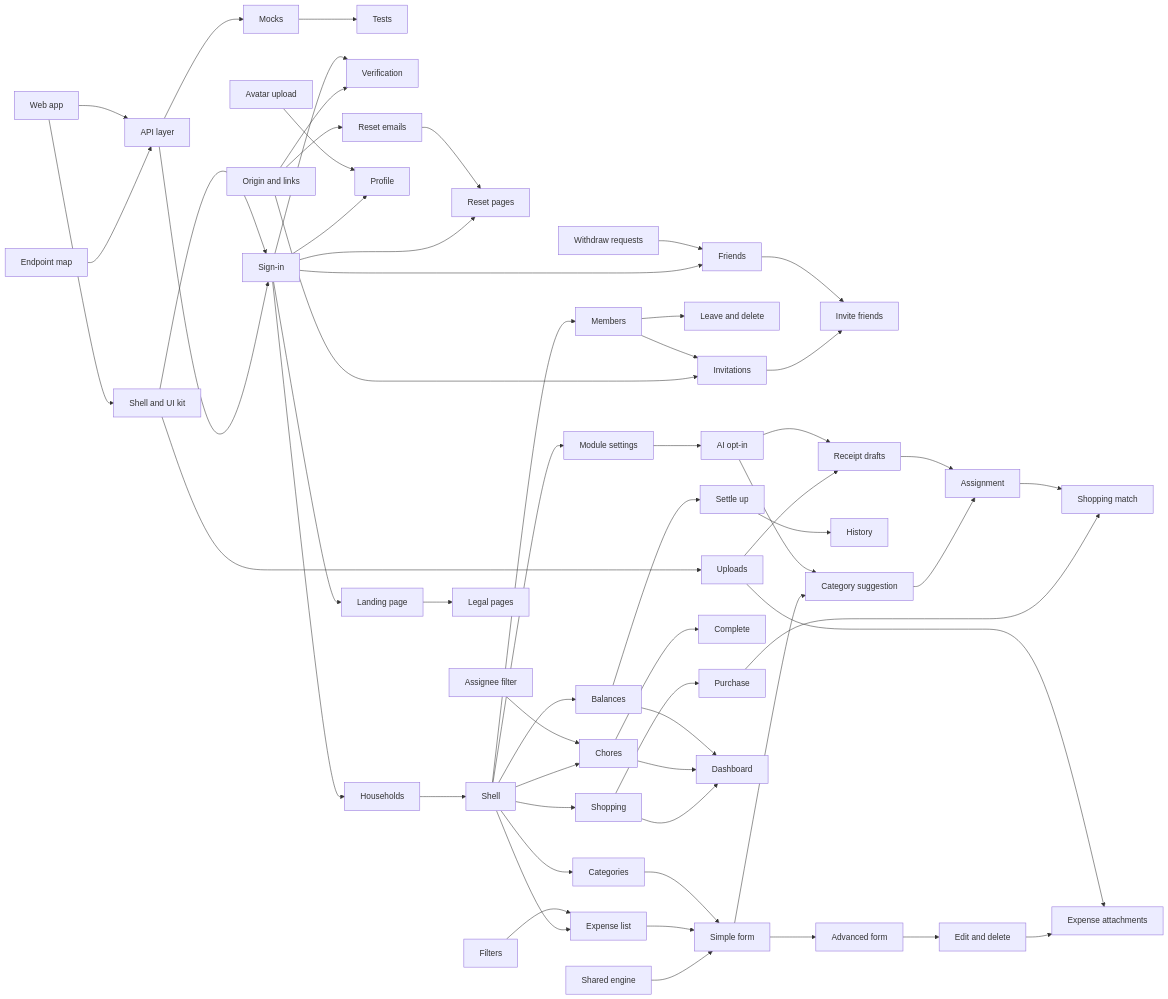
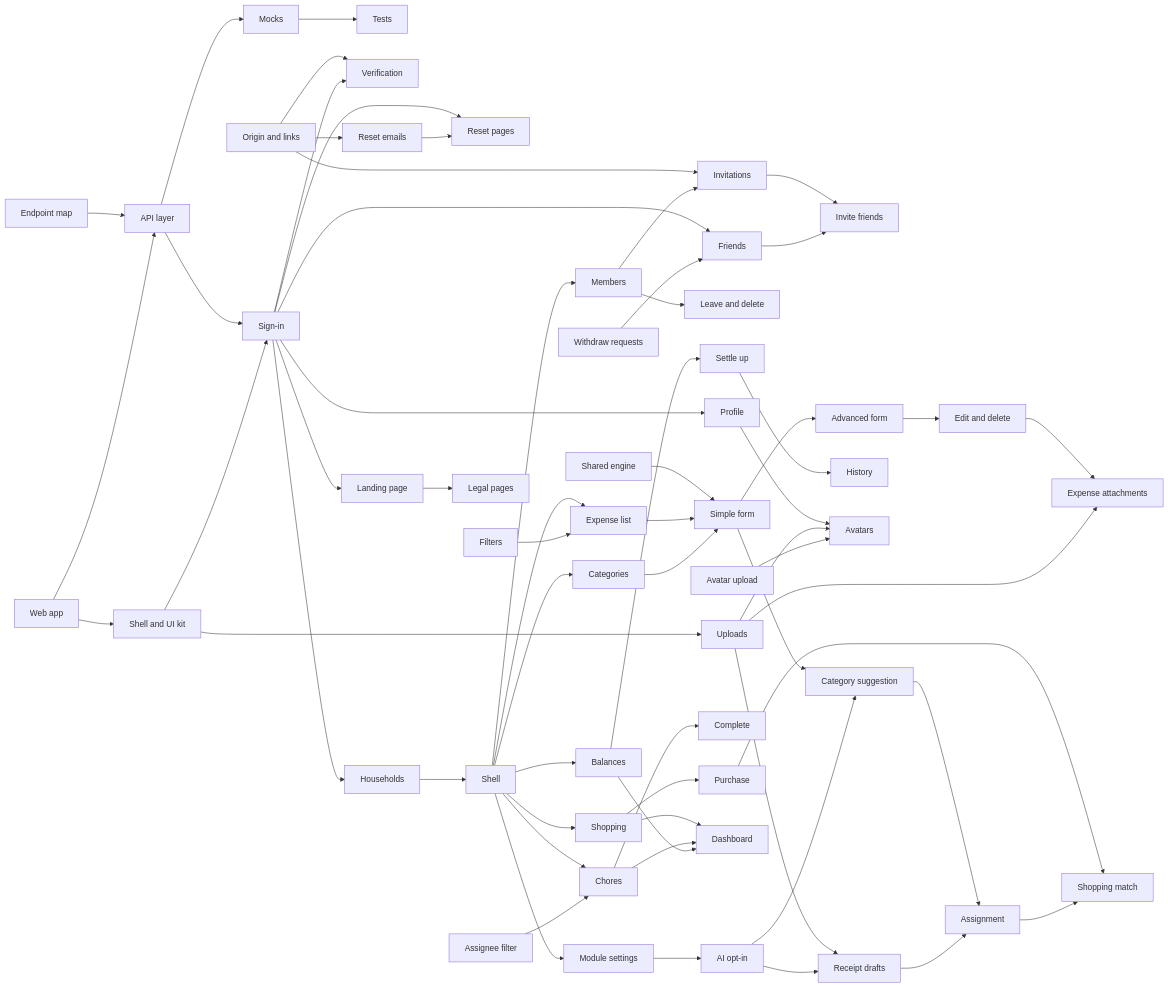
Before and after one commit to diffiii/homesplit: the diagram in docs/backlog/frontend-backlog.md, drawn with Mermaid. The commit also changed other lines of this file and 19 other files, not shown here.

Commit message:
docs: move avatars and dashboard out of early epics

````diff
--- a/docs/backlog/frontend-backlog.md
+++ b/docs/backlog/frontend-backlog.md
@@ -43,46 +44,48 @@
 ```mermaid
 flowchart LR
   F1_1[Web app] --> F1_5[API layer]
   F1_2[Endpoint map] --> F1_5 --> F1_6[Mocks]
   F1_1 --> F1_7[Shell and UI kit]
   F1_6 --> F1_8[Tests]
   F1_7 --> F2_1[Sign-in]
   F1_5 --> F2_1
   F2_1 --> F2_2[Verification]
   F1_4 --> F2_2
   F1_4 --> F2_3
   F2_3[Reset emails] --> F2_4[Reset pages]
   F2_1 --> F2_4
-  F2_5[Avatar upload] --> F2_6[Profile]
-  F2_1 --> F2_6
+  F2_1 --> F2_5[Profile]
   F2_1 --> F3_1[Households] --> F3_2[Shell]
   F3_2 --> F3_3[Members] --> F3_4[Invitations]
   F1_4[Origin and links] --> F3_4
   F3_3 --> F3_5[Leave and delete]
   F3_2 --> F3_6[Module settings]
   F4_1[Withdraw requests] --> F4_2[Friends]
   F2_1 --> F4_2 --> F4_3[Invite friends]
   F3_4 --> F4_3
   F3_2 --> F5_1_1[Categories]
   F5_1_1 --> F5_1_4
   F5_1_2[Filters] --> F5_1_3[Expense list]
   F3_2 --> F5_1_3 --> F5_1_4[Simple form]
   F1_3[Shared engine] --> F5_1_4
   F5_1_4 --> F5_1_5[Advanced form] --> F5_1_6[Edit and delete]
   F3_2 --> F5_2_1[Balances] --> F5_2_2[Settle up] --> F5_2_3[History]
   F1_7 --> F5_3_1[Uploads] --> F5_3_2[Expense attachments]
   F5_1_6 --> F5_3_2
+  F5_3_3[Avatar upload] --> F5_3_4[Avatars]
+  F5_3_1 --> F5_3_4
+  F2_5 --> F5_3_4
   F6_1[Assignee filter] --> F6_2[Chores]
   F3_2 --> F6_2 --> F6_3[Complete]
   F3_2 --> F7_1[Shopping] --> F7_2[Purchase]
-  F5_2_1 --> F3_7[Dashboard]
-  F6_2 --> F3_7
-  F7_1 --> F3_7
-  F3_6 --> F8_1[AI opt-in] --> F8_2[Category suggestion]
-  F5_1_4 --> F8_2
-  F8_1 --> F8_3[Receipt drafts]
-  F5_3_1 --> F8_3 --> F8_4[Assignment]
-  F8_2 --> F8_4 --> F8_5[Shopping match]
-  F7_2 --> F8_5
-  F2_1 --> F9_1[Landing page] --> F9_2[Legal pages]
+  F5_2_1 --> F8_1[Dashboard]
+  F6_2 --> F8_1
+  F7_1 --> F8_1
+  F3_6 --> F9_1[AI opt-in] --> F9_2[Category suggestion]
+  F5_1_4 --> F9_2
+  F9_1 --> F9_3[Receipt drafts]
+  F5_3_1 --> F9_3 --> F9_4[Assignment]
+  F9_2 --> F9_4 --> F9_5[Shopping match]
+  F7_2 --> F9_5
+  F2_1 --> F10_1[Landing page] --> F10_2[Legal pages]
 ```
````
